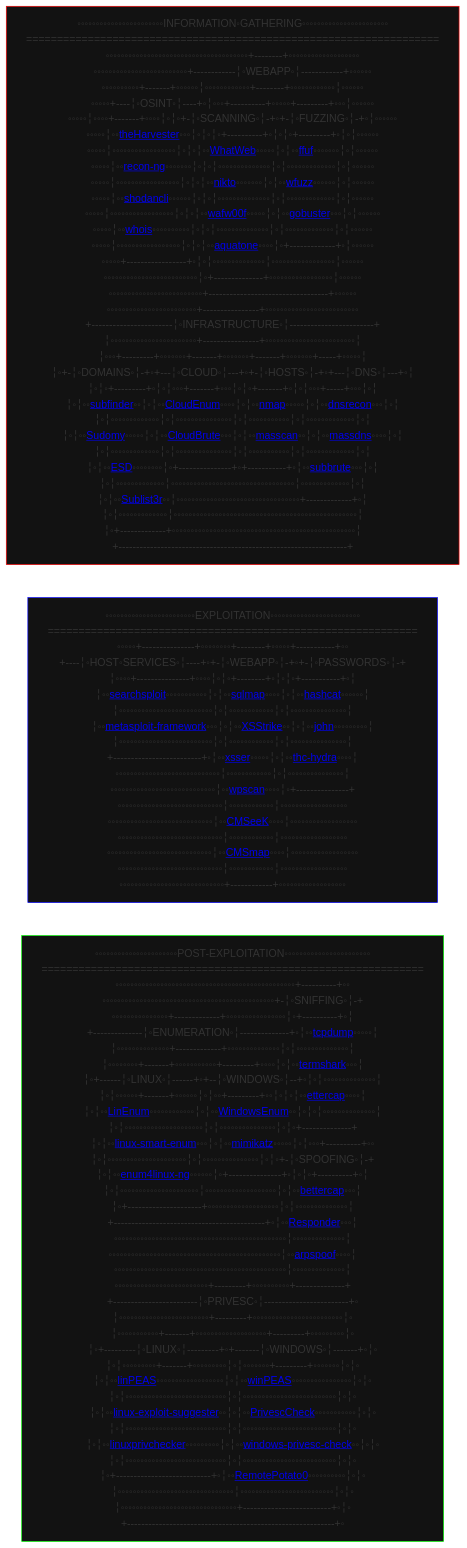
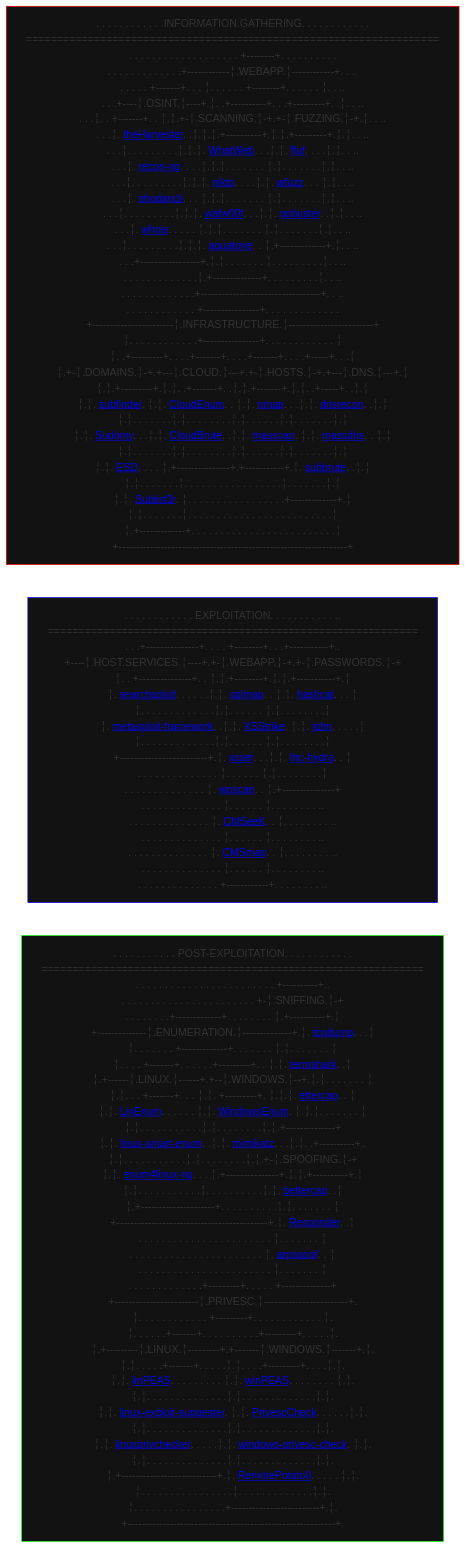
One commit to Skalyaeve/a-process changed the diagram in README.md. Above: the diagram before and after it, drawn with Mermaid. The commit also changed 2 other files, not shown here.

````diff
--- a/README.md
+++ b/README.md
@@ -1,99 +1,99 @@
 ```mermaid
 graph LR
 information-gathering[
-◦◦◦◦◦◦◦◦◦◦◦◦◦◦◦◦◦◦◦◦◦◦◦INFORMATION◦GATHERING◦◦◦◦◦◦◦◦◦◦◦◦◦◦◦◦◦◦◦◦◦◦◦
+. . . . . . . . . . . .INFORMATION.GATHERING. . . . . . . . . . . .
 ===================================================================
-◦◦◦◦◦◦◦◦◦◦◦◦◦◦◦◦◦◦◦◦◦◦◦◦◦◦◦◦◦◦◦◦◦◦◦◦◦◦+--------+◦◦◦◦◦◦◦◦◦◦◦◦◦◦◦◦◦◦◦
-◦◦◦◦◦◦◦◦◦◦◦◦◦◦◦◦◦◦◦◦◦◦◦◦◦+------------╎◦WEBAPP◦╎------------+◦◦◦◦◦◦
-◦◦◦◦◦◦◦◦◦◦+-------+◦◦◦◦◦◦╎◦◦◦◦◦◦◦◦◦◦◦◦+--------+◦◦◦◦◦◦◦◦◦◦◦◦╎◦◦◦◦◦◦
-◦◦◦◦◦+----╎◦OSINT◦╎----+◦╎◦◦◦+----------+◦◦◦◦◦+---------+◦◦◦╎◦◦◦◦◦◦
-◦◦◦◦◦╎◦◦◦◦+-------+◦◦◦◦╎◦╎◦+-╎◦SCANNING◦╎-+◦+-╎◦FUZZING◦╎-+◦╎◦◦◦◦◦◦
-◦◦◦◦◦╎◦◦<a href='https://github.com/laramies/theHarvester'>theHarvester</a>◦◦◦╎◦╎◦╎◦+----------+◦╎◦╎◦+---------+◦╎◦╎◦◦◦◦◦◦
-◦◦◦◦◦╎◦◦◦◦◦◦◦◦◦◦◦◦◦◦◦◦◦╎◦╎◦╎◦◦<a href='https://github.com/urbanadventurer/WhatWeb'>WhatWeb</a>◦◦◦◦◦╎◦╎◦◦<a href='https://github.com/ffuf/ffuf'>ffuf</a>◦◦◦◦◦◦◦╎◦╎◦◦◦◦◦◦
-◦◦◦◦◦╎◦◦<a href='https://github.com/lanmaster53/recon-ng'>recon-ng</a>◦◦◦◦◦◦◦╎◦╎◦╎◦◦◦◦◦◦◦◦◦◦◦◦◦◦╎◦╎◦◦◦◦◦◦◦◦◦◦◦◦◦╎◦╎◦◦◦◦◦◦
-◦◦◦◦◦╎◦◦◦◦◦◦◦◦◦◦◦◦◦◦◦◦◦╎◦╎◦╎◦◦<a href='https://github.com/sullo/nikto'>nikto</a>◦◦◦◦◦◦◦╎◦╎◦◦<a href='https://github.com/xmendez/wfuzz'>wfuzz</a>◦◦◦◦◦◦╎◦╎◦◦◦◦◦◦
-◦◦◦◦◦╎◦◦<a href='https://github.com/malinkinsa/shodancli'>shodancli</a>◦◦◦◦◦◦╎◦╎◦╎◦◦◦◦◦◦◦◦◦◦◦◦◦◦╎◦╎◦◦◦◦◦◦◦◦◦◦◦◦◦╎◦╎◦◦◦◦◦◦
-◦◦◦◦◦╎◦◦◦◦◦◦◦◦◦◦◦◦◦◦◦◦◦╎◦╎◦╎◦◦<a href='https://github.com/EnableSecurity/wafw00f'>wafw00f</a>◦◦◦◦◦╎◦╎◦◦<a href='https://github.com/OJ/gobuster'>gobuster</a>◦◦◦╎◦╎◦◦◦◦◦◦
-◦◦◦◦◦╎◦◦<a href='https://github.com/weppos/whois'>whois</a>◦◦◦◦◦◦◦◦◦◦╎◦╎◦╎◦◦◦◦◦◦◦◦◦◦◦◦◦◦╎◦╎◦◦◦◦◦◦◦◦◦◦◦◦◦╎◦╎◦◦◦◦◦◦
-◦◦◦◦◦╎◦◦◦◦◦◦◦◦◦◦◦◦◦◦◦◦◦╎◦╎◦╎◦◦<a href='https://github.com/michenriksen/aquatone'>aquatone</a>◦◦◦◦╎◦+-------------+◦╎◦◦◦◦◦◦
-◦◦◦◦◦+-----------------+◦╎◦╎◦◦◦◦◦◦◦◦◦◦◦◦◦◦╎◦◦◦◦◦◦◦◦◦◦◦◦◦◦◦◦◦╎◦◦◦◦◦◦
-◦◦◦◦◦◦◦◦◦◦◦◦◦◦◦◦◦◦◦◦◦◦◦◦◦╎◦+--------------+◦◦◦◦◦◦◦◦◦◦◦◦◦◦◦◦◦╎◦◦◦◦◦◦
-◦◦◦◦◦◦◦◦◦◦◦◦◦◦◦◦◦◦◦◦◦◦◦◦◦+----------------------------------+◦◦◦◦◦◦
-◦◦◦◦◦◦◦◦◦◦◦◦◦◦◦◦◦◦◦◦◦◦◦◦+----------------+◦◦◦◦◦◦◦◦◦◦◦◦◦◦◦◦◦◦◦◦◦◦◦◦◦
-+-----------------------╎◦INFRASTRUCTURE◦╎------------------------+
-╎◦◦◦◦◦◦◦◦◦◦◦◦◦◦◦◦◦◦◦◦◦◦◦+----------------+◦◦◦◦◦◦◦◦◦◦◦◦◦◦◦◦◦◦◦◦◦◦◦◦╎
-╎◦◦◦+---------+◦◦◦◦◦◦◦+-------+◦◦◦◦◦◦◦+-------+◦◦◦◦◦◦◦+-----+◦◦◦◦◦╎
-╎◦+-╎◦DOMAINS◦╎-+◦+---╎◦CLOUD◦╎---+◦+-╎◦HOSTS◦╎-+◦+---╎◦DNS◦╎---+◦╎
-╎◦╎◦+---------+◦╎◦╎◦◦◦+-------+◦◦◦╎◦╎◦+-------+◦╎◦╎◦◦◦+-----+◦◦◦╎◦╎
-╎◦╎◦◦<a href='https://github.com/projectdiscovery/subfinder'>subfinder</a>◦◦╎◦╎◦◦<a href='https://github.com/initstring/cloud_enum'>CloudEnum</a>◦◦◦◦╎◦╎◦◦<a href='https://github.com/nmap/nmap'>nmap</a>◦◦◦◦◦╎◦╎◦◦<a href='https://github.com/darkoperator/dnsrecon'>dnsrecon</a>◦◦◦╎◦╎
-╎◦╎◦◦◦◦◦◦◦◦◦◦◦◦◦╎◦╎◦◦◦◦◦◦◦◦◦◦◦◦◦◦◦╎◦╎◦◦◦◦◦◦◦◦◦◦◦╎◦╎◦◦◦◦◦◦◦◦◦◦◦◦◦╎◦╎
-╎◦╎◦◦<a href='https://github.com/screetsec/Sudomy'>Sudomy</a>◦◦◦◦◦╎◦╎◦◦<a href='https://github.com/0xsha/CloudBrute'>CloudBrute</a>◦◦◦╎◦╎◦◦<a href='https://github.com/robertdavidgraham/masscan'>masscan</a>◦◦╎◦╎◦◦<a href='https://github.com/blechschmidt/massdns'>massdns</a>◦◦◦◦╎◦╎
-╎◦╎◦◦◦◦◦◦◦◦◦◦◦◦◦╎◦╎◦◦◦◦◦◦◦◦◦◦◦◦◦◦◦╎◦╎◦◦◦◦◦◦◦◦◦◦◦╎◦╎◦◦◦◦◦◦◦◦◦◦◦◦◦╎◦╎
-╎◦╎◦◦<a href='https://github.com/FeeiCN/ESD?tab=readme-ov-file'>ESD</a>◦◦◦◦◦◦◦◦╎◦+---------------+◦+-----------+◦╎◦◦<a href='https://github.com/TheRook/subbrute'>subbrute</a>◦◦◦╎◦╎
-╎◦╎◦◦◦◦◦◦◦◦◦◦◦◦◦╎◦◦◦◦◦◦◦◦◦◦◦◦◦◦◦◦◦◦◦◦◦◦◦◦◦◦◦◦◦◦◦◦◦╎◦◦◦◦◦◦◦◦◦◦◦◦◦╎◦╎
-╎◦╎◦◦<a href='https://github.com/aboul3la/Sublist3r'>Sublist3r</a>◦◦╎◦◦◦◦◦◦◦◦◦◦◦◦◦◦◦◦◦◦◦◦◦◦◦◦◦◦◦◦◦◦◦◦◦+-------------+◦╎
-╎◦╎◦◦◦◦◦◦◦◦◦◦◦◦◦╎◦◦◦◦◦◦◦◦◦◦◦◦◦◦◦◦◦◦◦◦◦◦◦◦◦◦◦◦◦◦◦◦◦◦◦◦◦◦◦◦◦◦◦◦◦◦◦◦◦╎
-╎◦+-------------+◦◦◦◦◦◦◦◦◦◦◦◦◦◦◦◦◦◦◦◦◦◦◦◦◦◦◦◦◦◦◦◦◦◦◦◦◦◦◦◦◦◦◦◦◦◦◦◦◦╎
+. . . . . . . . . . . . . . . . . . . +--------+. . . . . . . . . .
+. . . . . . . . . . . . .+------------╎.WEBAPP.╎------------+. . ..
+. . . . . +-------+. . . ╎. . . . . . +--------+. . . . . . ╎. . ..
+. . .+----╎.OSINT.╎----+.╎. .+----------+. . .+---------+. .╎. . ..
+. . .╎. . +-------+. . ╎.╎.+-╎.SCANNING.╎-+.+-╎.FUZZING.╎-+.╎. . ..
+. . .╎. <a href='https://github.com/laramies/theHarvester'>theHarvester</a>. .╎.╎.╎.+----------+.╎.╎.+---------+.╎.╎. . ..
+. . .╎. . . . . . . . .╎.╎.╎. <a href='https://github.com/urbanadventurer/WhatWeb'>WhatWeb</a>. . .╎.╎. <a href='https://github.com/ffuf/ffuf'>ffuf</a>. . . .╎.╎. . ..
+. . .╎. <a href='https://github.com/lanmaster53/recon-ng'>recon-ng</a>. . . .╎.╎.╎. . . . . . . ╎.╎. . . . . . .╎.╎. . ..
+. . .╎. . . . . . . . .╎.╎.╎. <a href='https://github.com/sullo/nikto'>nikto</a>. . . .╎.╎. <a href='https://github.com/xmendez/wfuzz'>wfuzz</a>. . . ╎.╎. . ..
+. . .╎. <a href='https://github.com/malinkinsa/shodancli'>shodancli</a>. . . ╎.╎.╎. . . . . . . ╎.╎. . . . . . .╎.╎. . ..
+. . .╎. . . . . . . . .╎.╎.╎. <a href='https://github.com/EnableSecurity/wafw00f'>wafw00f</a>. . .╎.╎. <a href='https://github.com/OJ/gobuster'>gobuster</a>. .╎.╎. . ..
+. . .╎. <a href='https://github.com/weppos/whois'>whois</a>. . . . . ╎.╎.╎. . . . . . . ╎.╎. . . . . . .╎.╎. . ..
+. . .╎. . . . . . . . .╎.╎.╎. <a href='https://github.com/michenriksen/aquatone'>aquatone</a>. . ╎.+-------------+.╎. . ..
+. . .+-----------------+.╎.╎. . . . . . . ╎. . . . . . . . .╎. . ..
+. . . . . . . . . . . . .╎.+--------------+. . . . . . . . .╎. . ..
+. . . . . . . . . . . . .+----------------------------------+. . ..
+. . . . . . . . . . . . +----------------+. . . . . . . . . . . . .
++-----------------------╎.INFRASTRUCTURE.╎------------------------+
+╎. . . . . . . . . . . .+----------------+. . . . . . . . . . . . ╎
+╎. .+---------+. . . .+-------+. . . .+-------+. . . .+-----+. . .╎
+╎.+-╎.DOMAINS.╎-+.+---╎.CLOUD.╎---+.+-╎.HOSTS.╎-+.+---╎.DNS.╎---+.╎
+╎.╎.+---------+.╎.╎. .+-------+. .╎.╎.+-------+.╎.╎. .+-----+. .╎.╎
+╎.╎. <a href='https://github.com/projectdiscovery/subfinder'>subfinder</a>. ╎.╎. <a href='https://github.com/initstring/cloud_enum'>CloudEnum</a>. . ╎.╎. <a href='https://github.com/nmap/nmap'>nmap</a>. . .╎.╎. <a href='https://github.com/darkoperator/dnsrecon'>dnsrecon</a>. .╎.╎
+╎.╎. . . . . . .╎.╎. . . . . . . .╎.╎. . . . . .╎.╎. . . . . . .╎.╎
+╎.╎. <a href='https://github.com/screetsec/Sudomy'>Sudomy</a>. . .╎.╎. <a href='https://github.com/0xsha/CloudBrute'>CloudBrute</a>. .╎.╎. <a href='https://github.com/robertdavidgraham/masscan'>masscan</a>. ╎.╎. <a href='https://github.com/blechschmidt/massdns'>massdns</a>. . ╎.╎
+╎.╎. . . . . . .╎.╎. . . . . . . .╎.╎. . . . . .╎.╎. . . . . . .╎.╎
+╎.╎. <a href='https://github.com/FeeiCN/ESD?tab=readme-ov-file'>ESD</a>. . . . ╎.+---------------+.+-----------+.╎. <a href='https://github.com/TheRook/subbrute'>subbrute</a>. .╎.╎
+╎.╎. . . . . . .╎. . . . . . . . . . . . . . . . .╎. . . . . . .╎.╎
+╎.╎. <a href='https://github.com/aboul3la/Sublist3r'>Sublist3r</a>. ╎. . . . . . . . . . . . . . . . .+-------------+.╎
+╎.╎. . . . . . .╎. . . . . . . . . . . . . . . . . . . . . . . . .╎
+╎.+-------------+. . . . . . . . . . . . . . . . . . . . . . . . .╎
 +-----------------------------------------------------------------+
 ]
 exploitation[
-◦◦◦◦◦◦◦◦◦◦◦◦◦◦◦◦◦◦◦◦◦◦◦◦EXPLOITATION◦◦◦◦◦◦◦◦◦◦◦◦◦◦◦◦◦◦◦◦◦◦◦◦
+. . . . . . . . . . . . EXPLOITATION. . . . . . . . . . . ..
 ============================================================
-◦◦◦◦◦+---------------+◦◦◦◦◦◦◦◦+--------+◦◦◦◦◦+-----------+◦◦
-+----╎◦HOST◦SERVICES◦╎----+◦+-╎◦WEBAPP◦╎-+◦+-╎◦PASSWORDS◦╎-+
-╎◦◦◦◦+---------------+◦◦◦◦╎◦╎◦+--------+◦╎◦╎◦+-----------+◦╎
-╎◦◦<a href='https://gitlab.com/exploit-database/exploitdb'>searchsploit</a>◦◦◦◦◦◦◦◦◦◦◦╎◦╎◦◦<a href='https://github.com/sqlmapproject/sqlmap'>sqlmap</a>◦◦◦◦╎◦╎◦◦<a href='https://github.com/hashcat/hashcat'>hashcat</a>◦◦◦◦◦◦╎
-╎◦◦◦◦◦◦◦◦◦◦◦◦◦◦◦◦◦◦◦◦◦◦◦◦◦╎◦╎◦◦◦◦◦◦◦◦◦◦◦◦╎◦╎◦◦◦◦◦◦◦◦◦◦◦◦◦◦◦╎
-╎◦◦<a href='https://github.com/rapid7/metasploit-framework'>metasploit-framework</a>◦◦◦╎◦╎◦◦<a href='https://github.com/s0md3v/XSStrike'>XSStrike</a>◦◦╎◦╎◦◦<a href='https://github.com/openwall/john'>john</a>◦◦◦◦◦◦◦◦◦╎
-╎◦◦◦◦◦◦◦◦◦◦◦◦◦◦◦◦◦◦◦◦◦◦◦◦◦╎◦╎◦◦◦◦◦◦◦◦◦◦◦◦╎◦╎◦◦◦◦◦◦◦◦◦◦◦◦◦◦◦╎
-+-------------------------+◦╎◦◦<a href='https://github.com/epsylon/xsser'>xsser</a>◦◦◦◦◦╎◦╎◦◦<a href='https://github.com/vanhauser-thc/thc-hydra'>thc-hydra</a>◦◦◦◦╎
-◦◦◦◦◦◦◦◦◦◦◦◦◦◦◦◦◦◦◦◦◦◦◦◦◦◦◦◦╎◦◦◦◦◦◦◦◦◦◦◦◦╎◦╎◦◦◦◦◦◦◦◦◦◦◦◦◦◦◦╎
-◦◦◦◦◦◦◦◦◦◦◦◦◦◦◦◦◦◦◦◦◦◦◦◦◦◦◦◦╎◦◦<a href='https://github.com/wpscanteam/wpscan'>wpscan</a>◦◦◦◦╎◦+---------------+
-◦◦◦◦◦◦◦◦◦◦◦◦◦◦◦◦◦◦◦◦◦◦◦◦◦◦◦◦╎◦◦◦◦◦◦◦◦◦◦◦◦╎◦◦◦◦◦◦◦◦◦◦◦◦◦◦◦◦◦◦
-◦◦◦◦◦◦◦◦◦◦◦◦◦◦◦◦◦◦◦◦◦◦◦◦◦◦◦◦╎◦◦<a href='https://github.com/Tuhinshubhra/CMSeeK'>CMSeeK</a>◦◦◦◦╎◦◦◦◦◦◦◦◦◦◦◦◦◦◦◦◦◦◦
-◦◦◦◦◦◦◦◦◦◦◦◦◦◦◦◦◦◦◦◦◦◦◦◦◦◦◦◦╎◦◦◦◦◦◦◦◦◦◦◦◦╎◦◦◦◦◦◦◦◦◦◦◦◦◦◦◦◦◦◦
-◦◦◦◦◦◦◦◦◦◦◦◦◦◦◦◦◦◦◦◦◦◦◦◦◦◦◦◦╎◦◦<a href='https://github.com/dionach/CMSmap'>CMSmap</a>◦◦◦◦╎◦◦◦◦◦◦◦◦◦◦◦◦◦◦◦◦◦◦
-◦◦◦◦◦◦◦◦◦◦◦◦◦◦◦◦◦◦◦◦◦◦◦◦◦◦◦◦╎◦◦◦◦◦◦◦◦◦◦◦◦╎◦◦◦◦◦◦◦◦◦◦◦◦◦◦◦◦◦◦
-◦◦◦◦◦◦◦◦◦◦◦◦◦◦◦◦◦◦◦◦◦◦◦◦◦◦◦◦+------------+◦◦◦◦◦◦◦◦◦◦◦◦◦◦◦◦◦◦
+. . .+---------------+. . . . +--------+. . .+-----------+..
++----╎.HOST.SERVICES.╎----+.+-╎.WEBAPP.╎-+.+-╎.PASSWORDS.╎-+
+╎. . +---------------+. . ╎.╎.+--------+.╎.╎.+-----------+.╎
+╎. <a href='https://gitlab.com/exploit-database/exploitdb'>searchsploit</a>. . . . . .╎.╎. <a href='https://github.com/sqlmapproject/sqlmap'>sqlmap</a>. . ╎.╎. <a href='https://github.com/hashcat/hashcat'>hashcat</a>. . . ╎
+╎. . . . . . . . . . . . .╎.╎. . . . . . ╎.╎. . . . . . . .╎
+╎. <a href='https://github.com/rapid7/metasploit-framework'>metasploit-framework</a>. .╎.╎. <a href='https://github.com/s0md3v/XSStrike'>XSStrike</a>. ╎.╎. <a href='https://github.com/openwall/john'>john</a>. . . . .╎
+╎. . . . . . . . . . . . .╎.╎. . . . . . ╎.╎. . . . . . . .╎
++-------------------------+.╎. <a href='https://github.com/epsylon/xsser'>xsser</a>. . .╎.╎. <a href='https://github.com/vanhauser-thc/thc-hydra'>thc-hydra</a>. . ╎
+. . . . . . . . . . . . . . ╎. . . . . . ╎.╎. . . . . . . .╎
+. . . . . . . . . . . . . . ╎. <a href='https://github.com/wpscanteam/wpscan'>wpscan</a>. . ╎.+---------------+
+. . . . . . . . . . . . . . ╎. . . . . . ╎. . . . . . . . ..
+. . . . . . . . . . . . . . ╎. <a href='https://github.com/Tuhinshubhra/CMSeeK'>CMSeeK</a>. . ╎. . . . . . . . ..
+. . . . . . . . . . . . . . ╎. . . . . . ╎. . . . . . . . ..
+. . . . . . . . . . . . . . ╎. <a href='https://github.com/dionach/CMSmap'>CMSmap</a>. . ╎. . . . . . . . ..
+. . . . . . . . . . . . . . ╎. . . . . . ╎. . . . . . . . ..
+. . . . . . . . . . . . . . +------------+. . . . . . . . ..
 ]
 post-exploitation[
-◦◦◦◦◦◦◦◦◦◦◦◦◦◦◦◦◦◦◦◦◦◦POST-EXPLOITATION◦◦◦◦◦◦◦◦◦◦◦◦◦◦◦◦◦◦◦◦◦◦◦
+. . . . . . . . . . . POST-EXPLOITATION. . . . . . . . . . . .
 ==============================================================
-◦◦◦◦◦◦◦◦◦◦◦◦◦◦◦◦◦◦◦◦◦◦◦◦◦◦◦◦◦◦◦◦◦◦◦◦◦◦◦◦◦◦◦◦◦◦◦◦+----------+◦◦
-◦◦◦◦◦◦◦◦◦◦◦◦◦◦◦◦◦◦◦◦◦◦◦◦◦◦◦◦◦◦◦◦◦◦◦◦◦◦◦◦◦◦◦◦◦◦+-╎◦SNIFFING◦╎-+
-◦◦◦◦◦◦◦◦◦◦◦◦◦◦◦+-------------+◦◦◦◦◦◦◦◦◦◦◦◦◦◦◦◦╎◦+----------+◦╎
-+--------------╎◦ENUMERATION◦╎--------------+◦╎◦◦<a href='https://github.com/the-tcpdump-group/tcpdump'>tcpdump</a>◦◦◦◦◦╎
-╎◦◦◦◦◦◦◦◦◦◦◦◦◦◦+-------------+◦◦◦◦◦◦◦◦◦◦◦◦◦◦╎◦╎◦◦◦◦◦◦◦◦◦◦◦◦◦◦╎
-╎◦◦◦◦◦◦◦◦+-------+◦◦◦◦◦◦◦◦◦◦◦+---------+◦◦◦◦╎◦╎◦◦<a href='https://github.com/gcla/termshark'>termshark</a>◦◦◦╎
-╎◦+------╎◦LINUX◦╎------+◦+--╎◦WINDOWS◦╎--+◦╎◦╎◦◦◦◦◦◦◦◦◦◦◦◦◦◦╎
-╎◦╎◦◦◦◦◦◦+-------+◦◦◦◦◦◦╎◦╎◦◦+---------+◦◦╎◦╎◦╎◦◦<a href='https://github.com/Ettercap/ettercap'>ettercap</a>◦◦◦◦╎
-╎◦╎◦◦<a href='https://github.com/rebootuser/LinEnum'>LinEnum</a>◦◦◦◦◦◦◦◦◦◦◦◦╎◦╎◦◦<a href='https://github.com/absolomb/WindowsEnum'>WindowsEnum</a>◦◦╎◦╎◦╎◦◦◦◦◦◦◦◦◦◦◦◦◦◦╎
-╎◦╎◦◦◦◦◦◦◦◦◦◦◦◦◦◦◦◦◦◦◦◦◦╎◦╎◦◦◦◦◦◦◦◦◦◦◦◦◦◦◦╎◦╎◦+--------------+
-╎◦╎◦◦<a href='https://github.com/diego-treitos/linux-smart-enumeration'>linux-smart-enum</a>◦◦◦╎◦╎◦◦<a href='https://github.com/gentilkiwi/mimikatz'>mimikatz</a>◦◦◦◦◦╎◦╎◦◦◦+----------+◦◦
-╎◦╎◦◦◦◦◦◦◦◦◦◦◦◦◦◦◦◦◦◦◦◦◦╎◦╎◦◦◦◦◦◦◦◦◦◦◦◦◦◦◦╎◦╎◦+-╎◦SPOOFING◦╎-+
-╎◦╎◦◦<a href='https://github.com/cddmp/enum4linux-ng'>enum4linux-ng</a>◦◦◦◦◦◦╎◦+---------------+◦╎◦╎◦+----------+◦╎
-╎◦╎◦◦◦◦◦◦◦◦◦◦◦◦◦◦◦◦◦◦◦◦◦╎◦◦◦◦◦◦◦◦◦◦◦◦◦◦◦◦◦◦◦╎◦╎◦◦<a href='https://github.com/bettercap/bettercap'>bettercap</a>◦◦◦╎
-╎◦+---------------------+◦◦◦◦◦◦◦◦◦◦◦◦◦◦◦◦◦◦◦╎◦╎◦◦◦◦◦◦◦◦◦◦◦◦◦◦╎
-+-------------------------------------------+◦╎◦◦<a href='https://github.com/SpiderLabs/Responder'>Responder</a>◦◦◦╎
-◦◦◦◦◦◦◦◦◦◦◦◦◦◦◦◦◦◦◦◦◦◦◦◦◦◦◦◦◦◦◦◦◦◦◦◦◦◦◦◦◦◦◦◦◦◦╎◦◦◦◦◦◦◦◦◦◦◦◦◦◦╎
-◦◦◦◦◦◦◦◦◦◦◦◦◦◦◦◦◦◦◦◦◦◦◦◦◦◦◦◦◦◦◦◦◦◦◦◦◦◦◦◦◦◦◦◦◦◦╎◦◦<a href='https://github.com/alandau/arpspoof'>arpspoof</a>◦◦◦◦╎
-◦◦◦◦◦◦◦◦◦◦◦◦◦◦◦◦◦◦◦◦◦◦◦◦◦◦◦◦◦◦◦◦◦◦◦◦◦◦◦◦◦◦◦◦◦◦╎◦◦◦◦◦◦◦◦◦◦◦◦◦◦╎
-◦◦◦◦◦◦◦◦◦◦◦◦◦◦◦◦◦◦◦◦◦◦◦◦◦+---------+◦◦◦◦◦◦◦◦◦◦+--------------+
-+------------------------╎◦PRIVESC◦╎------------------------+◦
-╎◦◦◦◦◦◦◦◦◦◦◦◦◦◦◦◦◦◦◦◦◦◦◦◦+---------+◦◦◦◦◦◦◦◦◦◦◦◦◦◦◦◦◦◦◦◦◦◦◦◦╎◦
-╎◦◦◦◦◦◦◦◦◦◦◦+-------+◦◦◦◦◦◦◦◦◦◦◦◦◦◦◦◦◦◦◦+---------+◦◦◦◦◦◦◦◦◦╎◦
-╎◦+---------╎◦LINUX◦╎---------+◦+-------╎◦WINDOWS◦╎-------+◦╎◦
-╎◦╎◦◦◦◦◦◦◦◦◦+-------+◦◦◦◦◦◦◦◦◦╎◦╎◦◦◦◦◦◦◦+---------+◦◦◦◦◦◦◦╎◦╎◦
-╎◦╎◦◦<a href='https://github.com/peass-ng/PEASS-ng/tree/master/linPEAS'>linPEAS</a>◦◦◦◦◦◦◦◦◦◦◦◦◦◦◦◦◦◦╎◦╎◦◦<a href='https://github.com/peass-ng/PEASS-ng/tree/master/winPEAS'>winPEAS</a>◦◦◦◦◦◦◦◦◦◦◦◦◦◦◦◦╎◦╎◦
-╎◦╎◦◦◦◦◦◦◦◦◦◦◦◦◦◦◦◦◦◦◦◦◦◦◦◦◦◦◦╎◦╎◦◦◦◦◦◦◦◦◦◦◦◦◦◦◦◦◦◦◦◦◦◦◦◦◦╎◦╎◦
-╎◦╎◦◦<a href='https://github.com/The-Z-Labs/linux-exploit-suggester'>linux-exploit-suggester</a>◦◦╎◦╎◦◦<a href='https://github.com/itm4n/PrivescCheck'>PrivescCheck</a>◦◦◦◦◦◦◦◦◦◦◦╎◦╎◦
-╎◦╎◦◦◦◦◦◦◦◦◦◦◦◦◦◦◦◦◦◦◦◦◦◦◦◦◦◦◦╎◦╎◦◦◦◦◦◦◦◦◦◦◦◦◦◦◦◦◦◦◦◦◦◦◦◦◦╎◦╎◦
-╎◦╎◦◦<a href='https://github.com/sleventyeleven/linuxprivchecker'>linuxprivchecker</a>◦◦◦◦◦◦◦◦◦╎◦╎◦◦<a href='https://github.com/pentestmonkey/windows-privesc-check'>windows-privesc-check</a>◦◦╎◦╎◦
-╎◦╎◦◦◦◦◦◦◦◦◦◦◦◦◦◦◦◦◦◦◦◦◦◦◦◦◦◦◦╎◦╎◦◦◦◦◦◦◦◦◦◦◦◦◦◦◦◦◦◦◦◦◦◦◦◦◦╎◦╎◦
-╎◦+---------------------------+◦╎◦◦<a href='https://github.com/antonioCoco/RemotePotato0'>RemotePotato0</a>◦◦◦◦◦◦◦◦◦◦╎◦╎◦
-╎◦◦◦◦◦◦◦◦◦◦◦◦◦◦◦◦◦◦◦◦◦◦◦◦◦◦◦◦◦◦◦╎◦◦◦◦◦◦◦◦◦◦◦◦◦◦◦◦◦◦◦◦◦◦◦◦◦╎◦╎◦
-╎◦◦◦◦◦◦◦◦◦◦◦◦◦◦◦◦◦◦◦◦◦◦◦◦◦◦◦◦◦◦◦+-------------------------+◦╎◦
-+-----------------------------------------------------------+◦
+. . . . . . . . . . . . . . . . . . . . . . . . +----------+..
+. . . . . . . . . . . . . . . . . . . . . . . +-╎.SNIFFING.╎-+
+. . . . . . . .+-------------+. . . . . . . . ╎.+----------+.╎
++--------------╎.ENUMERATION.╎--------------+.╎. <a href='https://github.com/the-tcpdump-group/tcpdump'>tcpdump</a>. . .╎
+╎. . . . . . . +-------------+. . . . . . . ╎.╎. . . . . . . ╎
+╎. . . . +-------+. . . . . .+---------+. . ╎.╎. <a href='https://github.com/gcla/termshark'>termshark</a>. .╎
+╎.+------╎.LINUX.╎------+.+--╎.WINDOWS.╎--+.╎.╎. . . . . . . ╎
+╎.╎. . . +-------+. . . ╎.╎. +---------+. ╎.╎.╎. <a href='https://github.com/Ettercap/ettercap'>ettercap</a>. . ╎
+╎.╎. <a href='https://github.com/rebootuser/LinEnum'>LinEnum</a>. . . . . . ╎.╎. <a href='https://github.com/absolomb/WindowsEnum'>WindowsEnum</a>. ╎.╎.╎. . . . . . . ╎
+╎.╎. . . . . . . . . . .╎.╎. . . . . . . .╎.╎.+--------------+
+╎.╎. <a href='https://github.com/diego-treitos/linux-smart-enumeration'>linux-smart-enum</a>. .╎.╎. <a href='https://github.com/gentilkiwi/mimikatz'>mimikatz</a>. . .╎.╎. .+----------+..
+╎.╎. . . . . . . . . . .╎.╎. . . . . . . .╎.╎.+-╎.SPOOFING.╎-+
+╎.╎. <a href='https://github.com/cddmp/enum4linux-ng'>enum4linux-ng</a>. . . ╎.+---------------+.╎.╎.+----------+.╎
+╎.╎. . . . . . . . . . .╎. . . . . . . . . .╎.╎. <a href='https://github.com/bettercap/bettercap'>bettercap</a>. .╎
+╎.+---------------------+. . . . . . . . . .╎.╎. . . . . . . ╎
++-------------------------------------------+.╎. <a href='https://github.com/SpiderLabs/Responder'>Responder</a>. .╎
+. . . . . . . . . . . . . . . . . . . . . . . ╎. . . . . . . ╎
+. . . . . . . . . . . . . . . . . . . . . . . ╎. <a href='https://github.com/alandau/arpspoof'>arpspoof</a>. . ╎
+. . . . . . . . . . . . . . . . . . . . . . . ╎. . . . . . . ╎
+. . . . . . . . . . . . .+---------+. . . . . +--------------+
++------------------------╎.PRIVESC.╎------------------------+.
+╎. . . . . . . . . . . . +---------+. . . . . . . . . . . . ╎.
+╎. . . . . .+-------+. . . . . . . . . .+---------+. . . . .╎.
+╎.+---------╎.LINUX.╎---------+.+-------╎.WINDOWS.╎-------+.╎.
+╎.╎. . . . .+-------+. . . . .╎.╎. . . .+---------+. . . .╎.╎.
+╎.╎. <a href='https://github.com/peass-ng/PEASS-ng/tree/master/linPEAS'>linPEAS</a>. . . . . . . . . ╎.╎. <a href='https://github.com/peass-ng/PEASS-ng/tree/master/winPEAS'>winPEAS</a>. . . . . . . . ╎.╎.
+╎.╎. . . . . . . . . . . . . .╎.╎. . . . . . . . . . . . .╎.╎.
+╎.╎. <a href='https://github.com/The-Z-Labs/linux-exploit-suggester'>linux-exploit-suggester</a>. ╎.╎. <a href='https://github.com/itm4n/PrivescCheck'>PrivescCheck</a>. . . . . .╎.╎.
+╎.╎. . . . . . . . . . . . . .╎.╎. . . . . . . . . . . . .╎.╎.
+╎.╎. <a href='https://github.com/sleventyeleven/linuxprivchecker'>linuxprivchecker</a>. . . . .╎.╎. <a href='https://github.com/pentestmonkey/windows-privesc-check'>windows-privesc-check</a>. ╎.╎.
+╎.╎. . . . . . . . . . . . . .╎.╎. . . . . . . . . . . . .╎.╎.
+╎.+---------------------------+.╎. <a href='https://github.com/antonioCoco/RemotePotato0'>RemotePotato0</a>. . . . . ╎.╎.
+╎. . . . . . . . . . . . . . . .╎. . . . . . . . . . . . .╎.╎.
+╎. . . . . . . . . . . . . . . .+-------------------------+.╎.
++-----------------------------------------------------------+.
 ]
 style information-gathering fill:#121212,stroke:#ff0000
 style exploitation fill:#121212,stroke:#0000ff
````
